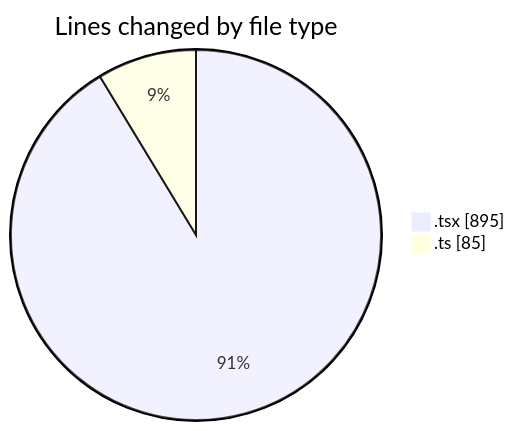
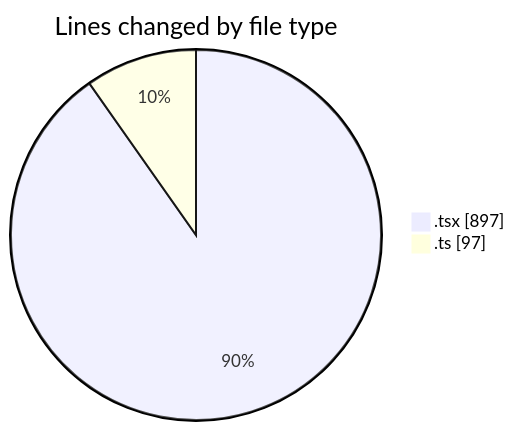
One commit to robertbonfada/code-tracking changed the first of 2 diagrams in 2025-03-19/peregrino-web/README.md. Above: the diagram before and after it, drawn with Mermaid. The commit also changed other lines of this file and 1 other file, not shown here.

````diff
--- a/2025-03-19/peregrino-web/README.md
+++ b/2025-03-19/peregrino-web/README.md
@@ -35,6 +36,6 @@
 ```mermaid
 pie showData
 title Lines changed by file type
-".tsx" : 895
-".ts" : 85
+".tsx" : 897
+".ts" : 97
 ```
````
